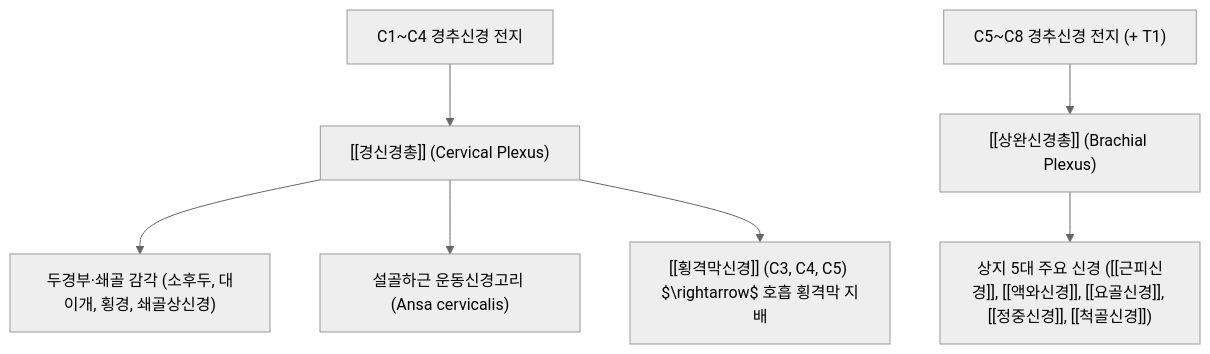
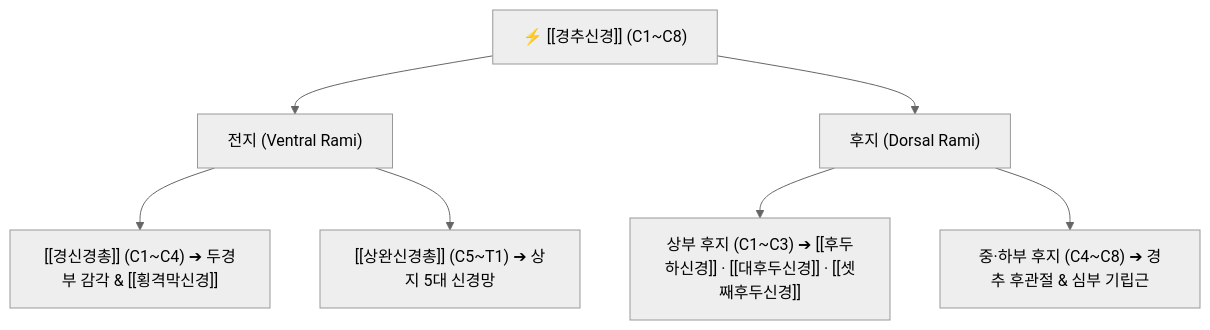
The diagram in content/1. 근골격계 공부/신경/03_경신경총/경추신경.md (simbio11/simbio-digital-garden2), drawn with Mermaid (neutral theme) before and after one commit. The commit also changed other lines of this file and 73 other files, not shown here.

````diff
--- a/content/1. 근골격계 공부/신경/03_경신경총/경추신경.md
+++ b/content/1. 근골격계 공부/신경/03_경신경총/경추신경.md
@@ -51,10 +45,11 @@
 ```mermaid
 graph TD
-    C1_C4["C1~C4 경추신경 전지"] --> CP["[[경신경총]] (Cervical Plexus)"]
-    CP --> SensoryCP["두경부·쇄골 감각 (소후두, 대이개, 횡경, 쇄골상신경)"]
-    CP --> MotorCP["설골하근 운동신경고리 (Ansa cervicalis)"]
-    CP --> Phrenic["[[횡격막신경]] (C3, C4, C5) $\rightarrow$ 호흡 횡격막 지배"]
+    C1_C8["⚡ [[경추신경]] (C1~C8)"] --> Ventral["전지 (Ventral Rami)"]
+    C1_C8 --> Dorsal["후지 (Dorsal Rami)"]
 
-    C5_C8["C5~C8 경추신경 전지 (+ T1)"] --> BP["[[상완신경총]] (Brachial Plexus)"]
-    BP --> Nerves["상지 5대 주요 신경 ([[근피신경]], [[액와신경]], [[요골신경]], [[정중신경]], [[척골신경]])"]
+    Ventral --> CP["[[경신경총]] (C1~C4) ➔ 두경부 감각 & [[횡격막신경]]"]
+    Ventral --> BP["[[상완신경총]] (C5~T1) ➔ 상지 5대 신경망"]
+
+    Dorsal --> UpperDorsal["상부 후지 (C1~C3) ➔ [[후두하신경]] · [[대후두신경]] · [[셋째후두신경]]"]
+    Dorsal --> MidLowerDorsal["중·하부 후지 (C4~C8) ➔ 경추 후관절 & 심부 기립근"]
 ```
````
